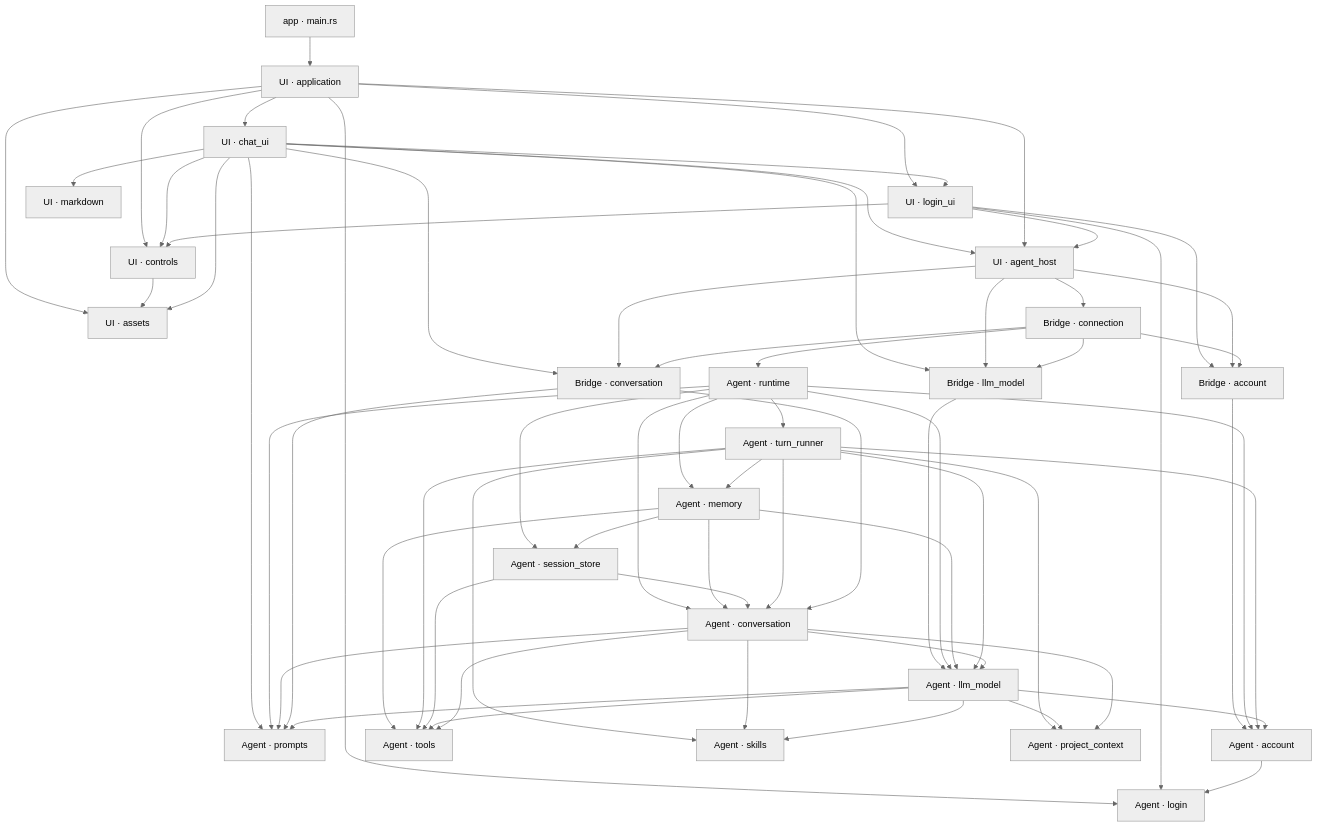
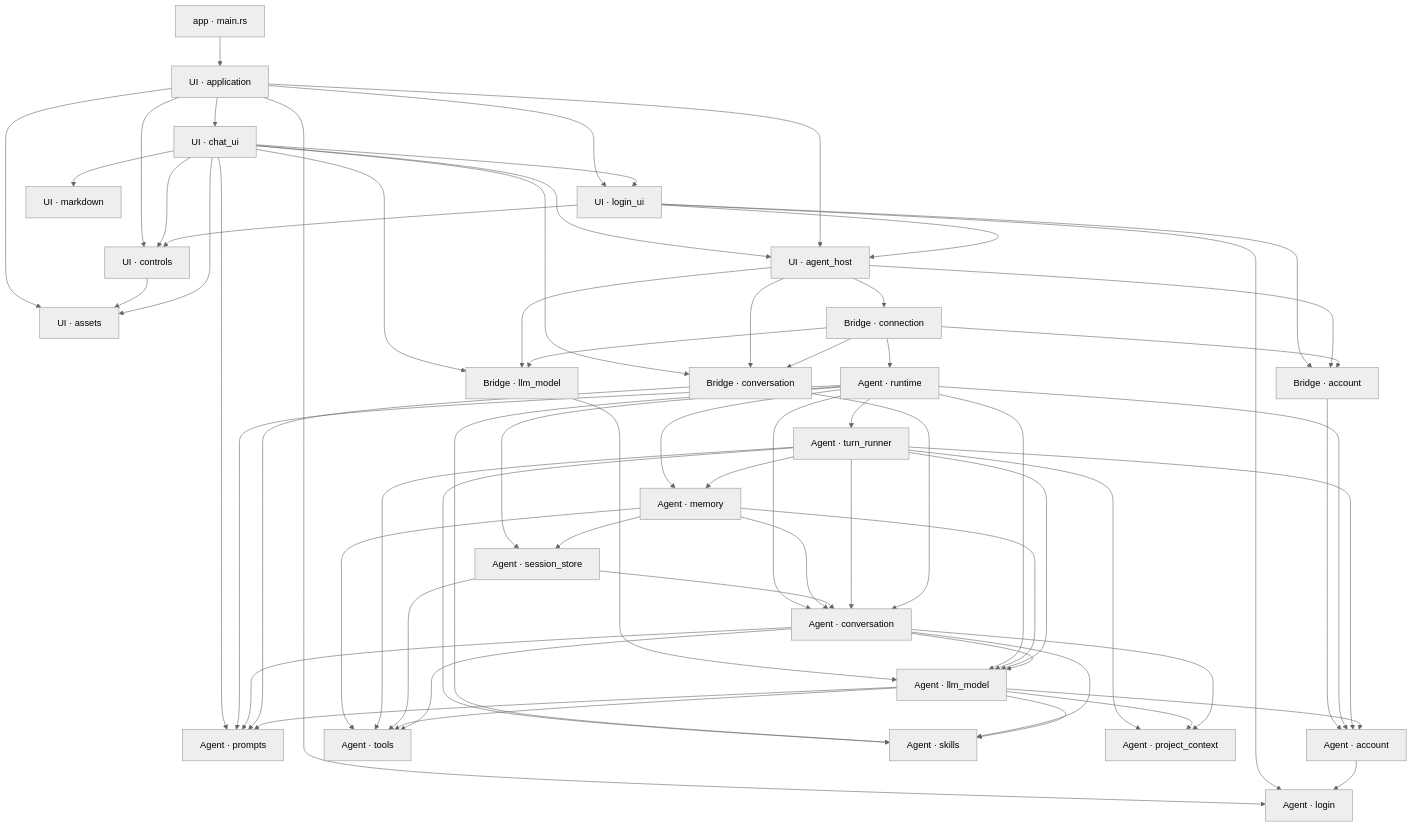
One commit to slc90/Agentelier changed the first of 3 diagrams in docs/design/architecture.md. Above: the diagram before and after it, drawn with Mermaid (neutral theme). The commit also changed other lines of this file and 19 other files, not shown here.

````diff
--- a/docs/design/architecture.md
+++ b/docs/design/architecture.md
@@ -38,66 +38,67 @@
 ```mermaid
 flowchart TD
     Entry["app · main.rs"] --> App["UI · application"]
     App --> UI["UI · login_ui"]
     App --> Assets["UI · assets"]
     App --> Controls["UI · controls"]
     Controls --> Assets
     App --> Login["Agent · login"]
     UI --> Login
     App --> ChatUI["UI · chat_ui"]
     ChatUI --> Markdown["UI · markdown"]
     ChatUI --> UI
     ChatUI --> Controls
     UI --> Controls
     ChatUI --> Host
     App --> Host["UI · agent_host"]
     UI --> Host
     Host --> Connection["Bridge · connection"]
     UI --> AccountBridge["Bridge · account"]
     ChatUI --> ModelBridge["Bridge · llm_model"]
     ChatUI --> ConversationBridge["Bridge · conversation"]
     ChatUI --> Prompts["Agent · prompts"]
     ChatUI --> Assets
     Host --> AccountBridge
     Host --> ModelBridge
     Host --> ConversationBridge
     Connection --> Runtime["Agent · runtime"]
     Connection --> AccountBridge
     Connection --> ModelBridge
     Connection --> ConversationBridge
     AccountBridge --> Account["Agent · account"]
     ModelBridge --> Model["Agent · llm_model"]
     Runtime --> Account
     Runtime --> Model
     Runtime --> Conversation["Agent · conversation"]
     Runtime --> SessionStore["Agent · session_store"]
     Runtime --> Memory["Agent · memory"]
     Runtime --> Prompts
     Memory --> SessionStore
     Memory --> Conversation
     Memory --> Model
     Memory --> Tools
     SessionStore --> Conversation
     Runtime --> Runner["Agent · turn_runner"]
     Runner --> Conversation
     Runner --> Skills["Agent · skills"]
+    Runtime --> Skills
     Conversation --> Skills
     Runner --> ProjectContext["Agent · project_context"]
     Runner --> Model
     Runner --> Memory
     Runner --> Account
     Runner --> Tools["Agent · tools"]
     SessionStore --> Tools
     Model --> Skills
     Model --> ProjectContext
     Model --> Tools
     Conversation --> Tools
     Conversation --> Model
     Conversation --> Prompts
     Conversation --> ProjectContext
     ConversationBridge --> Conversation
     ConversationBridge --> Prompts
     Model --> Prompts
     Model --> Account
     Account --> Login
 ```
````
